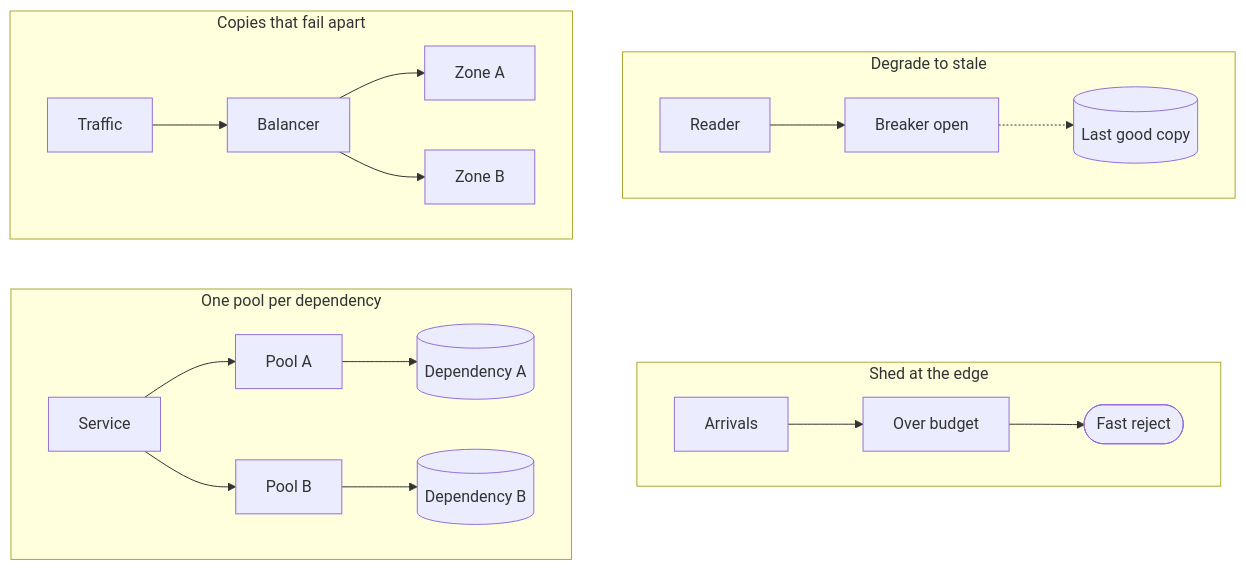
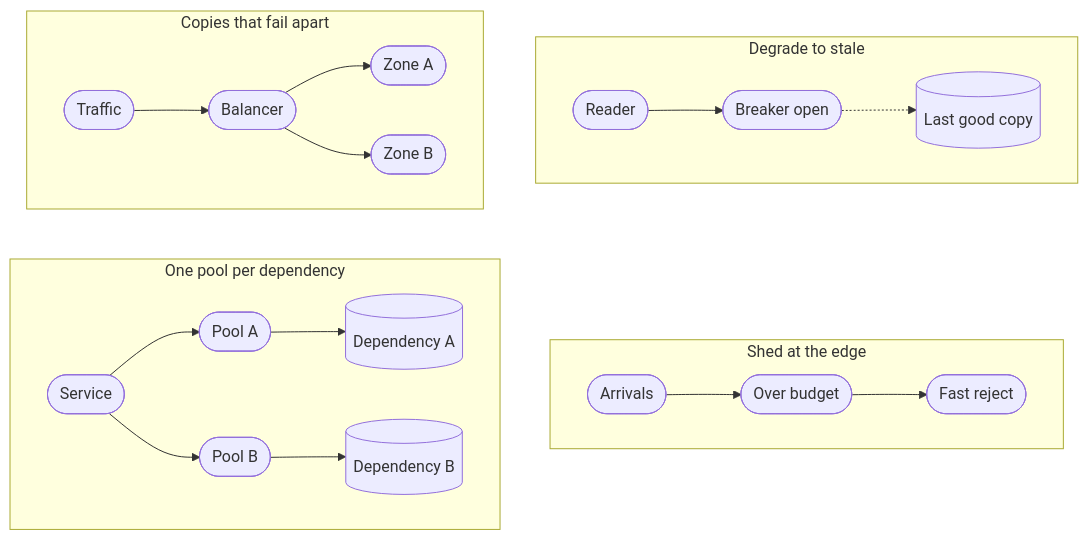
Before and after one commit to Laticent/lattice: diagram 12 of 19 in examples/system-design-foundations.md, drawn with Mermaid. The commit also changed other lines of this file and 1 other file, not shown here.

First line of the commit message:
deck(examples): break the prose templates, and stop the diagrams asserting falsehoods

````diff
--- a/examples/system-design-foundations.md
+++ b/examples/system-design-foundations.md
@@ -1741,23 +1741,23 @@
 ```mermaid
 flowchart TB
   subgraph b["Degrade to stale"]
     direction LR
-    B1["Reader"] --> B2["Breaker open"] -.-> B3[("Last good copy")]
+    B1(["Reader"]) --> B2(["Breaker open"]) -.-> B3[("Last good copy")]
   end
   subgraph a["Copies that fail apart"]
     direction LR
-    A1["Traffic"] --> A2["Balancer"] --> A3["Zone A"]
-    A2 --> A4["Zone B"]
+    A1(["Traffic"]) --> A2(["Balancer"]) --> A3(["Zone A"])
+    A2 --> A4(["Zone B"])
   end
   subgraph d["Shed at the edge"]
     direction LR
-    D1["Arrivals"] --> D2["Over budget"] --> D3(["Fast reject"])
+    D1(["Arrivals"]) --> D2(["Over budget"]) --> D3(["Fast reject"])
   end
   subgraph c["One pool per dependency"]
     direction LR
-    C1["Service"] --> C2["Pool A"] --> C3[("Dependency A")]
-    C1 --> C4["Pool B"] --> C5[("Dependency B")]
+    C1(["Service"]) --> C2(["Pool A"]) --> C3[("Dependency A")]
+    C1 --> C4(["Pool B"]) --> C5[("Dependency B")]
   end
   a ~~~ c
   b ~~~ d
 ```
````
